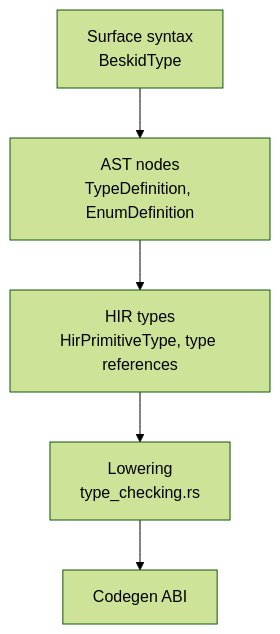
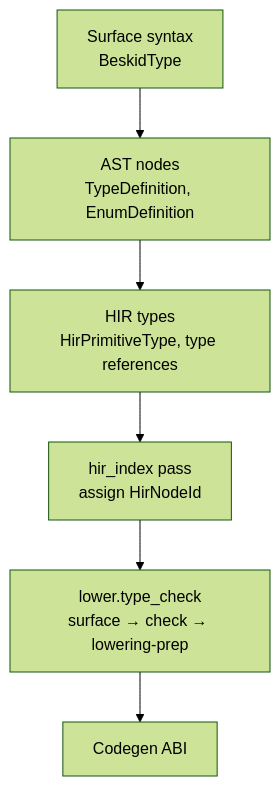
Before and after one commit to Cyber-Nomad-Collective/beskid: the diagram in site/website/src/content/docs/platform-spec/language-meta/type-system/types/design-model.mdx, drawn with Mermaid (forest theme). The commit also changed other lines of this file and 291 other files, not shown here.

````diff
--- a/site/website/src/content/docs/platform-spec/language-meta/type-system/types/design-model.mdx
+++ b/site/website/src/content/docs/platform-spec/language-meta/type-system/types/design-model.mdx
@@ -40,9 +43,10 @@
 ```mermaid
 flowchart TB
     surface[Surface syntax<br/>BeskidType]
     ast[AST nodes<br/>TypeDefinition, EnumDefinition]
     hir[HIR types<br/>HirPrimitiveType, type references]
-    lower[Lowering<br/>type_checking.rs]
+    index[hir_index pass<br/>assign HirNodeId]
+    typepass[lower.type_check<br/>surface → check → lowering-prep]
     codegen[Codegen ABI]
-    surface --> ast --> hir --> lower --> codegen
+    surface --> ast --> hir --> index --> typepass --> codegen
 ```
````
